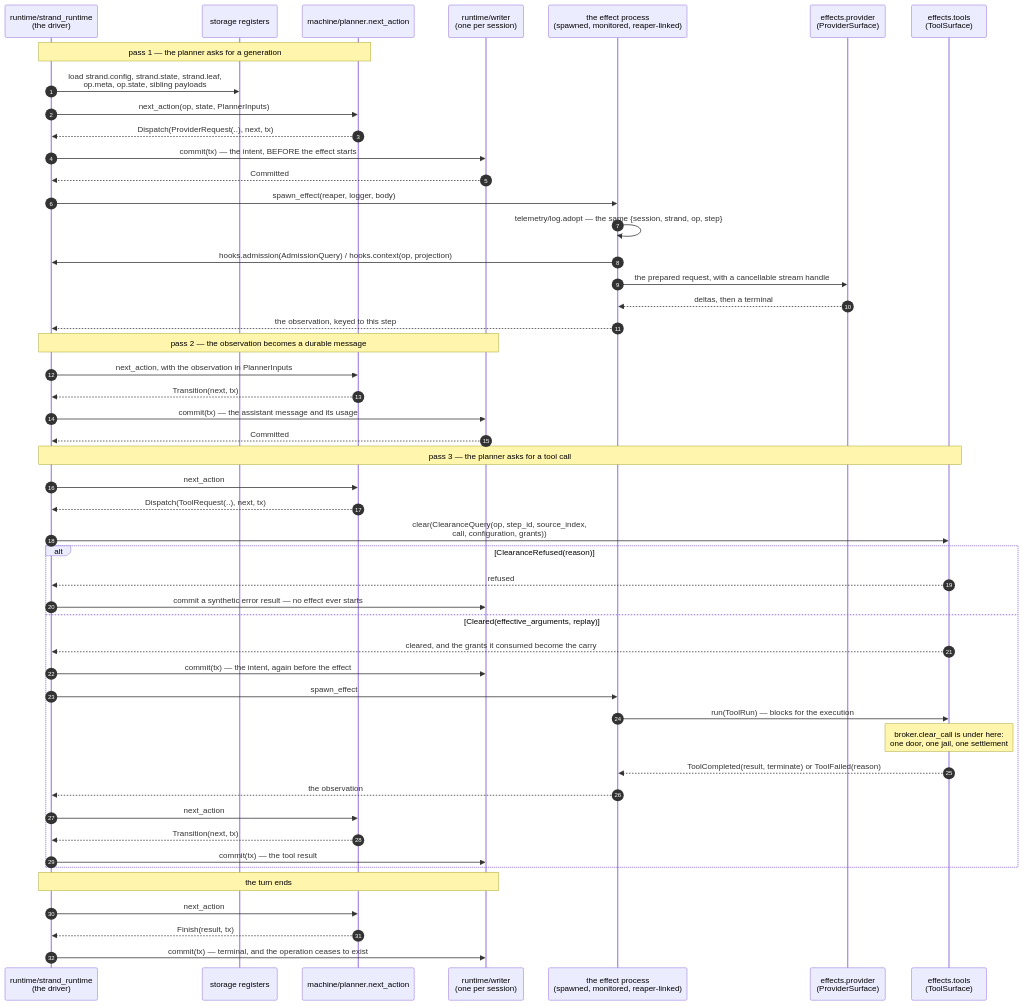
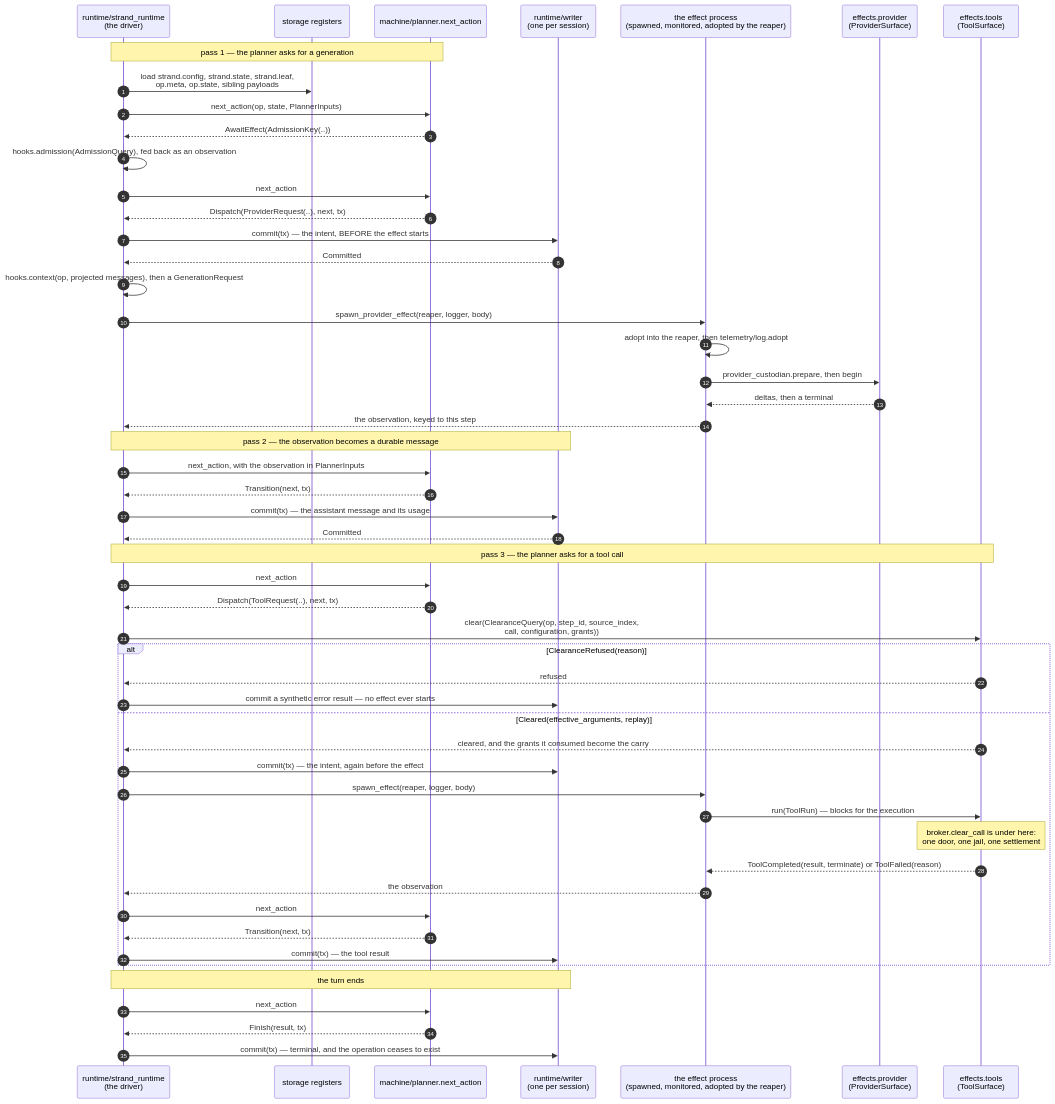
The second of 4 diagrams in packages/runtime/README.md (Roasbeef/loom), drawn with Mermaid before and after one commit. The commit also changed other lines of this file, not shown here.

First line of the commit message:
runtime: correct the supervision tree and reaper

````diff
--- a/packages/runtime/README.md
+++ b/packages/runtime/README.md
@@ -56,55 +56,58 @@
 ```mermaid
 sequenceDiagram
   autonumber
   participant D as runtime/strand_runtime<br/>(the driver)
   participant St as storage registers
   participant M as machine/planner.next_action
   participant W as runtime/writer<br/>(one per session)
-  participant E as the effect process<br/>(spawned, monitored, reaper-linked)
+  participant E as the effect process<br/>(spawned, monitored, adopted by the reaper)
   participant P as effects.provider<br/>(ProviderSurface)
   participant T as effects.tools<br/>(ToolSurface)
 
   Note over D,M: pass 1 — the planner asks for a generation
   D->>St: load strand.config, strand.state, strand.leaf,<br/>op.meta, op.state, sibling payloads
   D->>M: next_action(op, state, PlannerInputs)
+  M-->>D: AwaitEffect(AdmissionKey(..))
+  D->>D: hooks.admission(AdmissionQuery), fed back as an observation
+  D->>M: next_action
   M-->>D: Dispatch(ProviderRequest(..), next, tx)
   D->>W: commit(tx) — the intent, BEFORE the effect starts
   W-->>D: Committed
-  D->>E: spawn_effect(reaper, logger, body)
-  E->>E: telemetry/log.adopt — the same {session, strand, op, step}
-  E->>D: hooks.admission(AdmissionQuery) / hooks.context(op, projection)
-  E->>P: the prepared request, with a cancellable stream handle
+  D->>D: hooks.context(op, projected messages), then a GenerationRequest
+  D->>E: spawn_provider_effect(reaper, logger, body)
+  E->>E: adopt into the reaper, then telemetry/log.adopt
+  E->>P: provider_custodian.prepare, then begin
   P-->>E: deltas, then a terminal
   E-->>D: the observation, keyed to this step
 
   Note over D,W: pass 2 — the observation becomes a durable message
   D->>M: next_action, with the observation in PlannerInputs
   M-->>D: Transition(next, tx)
   D->>W: commit(tx) — the assistant message and its usage
   W-->>D: Committed
 
   Note over D,T: pass 3 — the planner asks for a tool call
   D->>M: next_action
   M-->>D: Dispatch(ToolRequest(..), next, tx)
   D->>T: clear(ClearanceQuery(op, step_id, source_index,<br/>call, configuration, grants))
   alt ClearanceRefused(reason)
     T-->>D: refused
     D->>W: commit a synthetic error result — no effect ever starts
   else Cleared(effective_arguments, replay)
     T-->>D: cleared, and the grants it consumed become the carry
     D->>W: commit(tx) — the intent, again before the effect
-    D->>E: spawn_effect
+    D->>E: spawn_effect(reaper, logger, body)
     E->>T: run(ToolRun) — blocks for the execution
     Note over T: broker.clear_call is under here:<br/>one door, one jail, one settlement
     T-->>E: ToolCompleted(result, terminate) or ToolFailed(reason)
     E-->>D: the observation
     D->>M: next_action
     M-->>D: Transition(next, tx)
     D->>W: commit(tx) — the tool result
   end
 
   Note over D,W: the turn ends
   D->>M: next_action
   M-->>D: Finish(result, tx)
   D->>W: commit(tx) — terminal, and the operation ceases to exist
 ```
````
